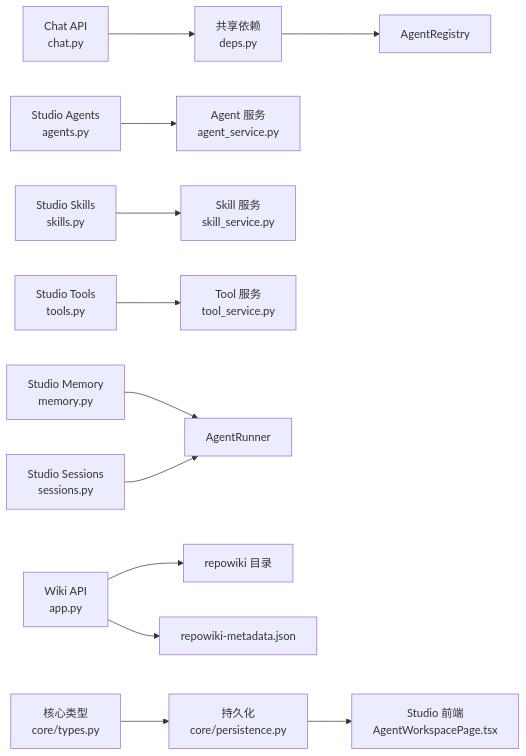
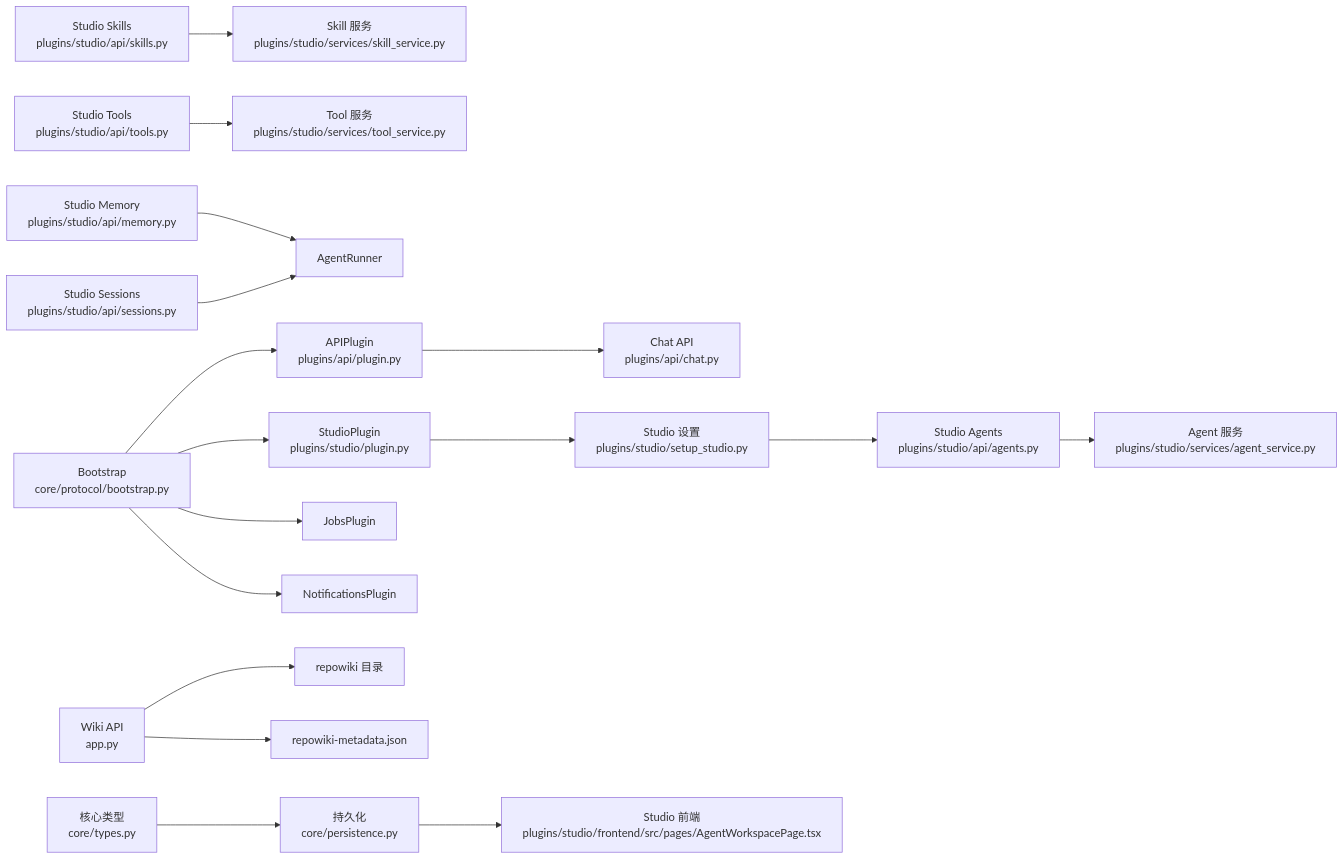
Before and after one commit to YU-JI-KUI/ark-agentic: diagram 15 of 15 in repowiki/zh/content/API 接口文档/API 接口文档.md, drawn with Mermaid. The commit also changed other lines of this file and 116 other files, not shown here.

````diff
--- a/repowiki/zh/content/API 接口文档/API 接口文档.md
+++ b/repowiki/zh/content/API 接口文档/API 接口文档.md
@@ -517,14 +619,19 @@
 ```mermaid
 graph LR
-Chat["Chat API<br/>chat.py"] --> Deps["共享依赖<br/>deps.py"]
-Deps --> Registry["AgentRegistry"]
-StudioAgents["Studio Agents<br/>agents.py"] --> AgentSvc["Agent 服务<br/>agent_service.py"]
-StudioSkills["Studio Skills<br/>skills.py"] --> SkillSvc["Skill 服务<br/>skill_service.py"]
-StudioTools["Studio Tools<br/>tools.py"] --> ToolSvc["Tool 服务<br/>tool_service.py"]
-StudioMemory["Studio Memory<br/>memory.py"] --> AgentRunner["AgentRunner"]
-StudioSessions["Studio Sessions<br/>sessions.py"] --> AgentRunner
+APIPlugin["APIPlugin<br/>plugins/api/plugin.py"] --> Chat["Chat API<br/>plugins/api/chat.py"]
+StudioPlugin["StudioPlugin<br/>plugins/studio/plugin.py"] --> SetupStudio["Studio 设置<br/>plugins/studio/setup_studio.py"]
+SetupStudio --> StudioAgents["Studio Agents<br/>plugins/studio/api/agents.py"]
+StudioAgents --> AgentSvc["Agent 服务<br/>plugins/studio/services/agent_service.py"]
+StudioSkills["Studio Skills<br/>plugins/studio/api/skills.py"] --> SkillSvc["Skill 服务<br/>plugins/studio/services/skill_service.py"]
+StudioTools["Studio Tools<br/>plugins/studio/api/tools.py"] --> ToolSvc["Tool 服务<br/>plugins/studio/services/tool_service.py"]
+StudioMemory["Studio Memory<br/>plugins/studio/api/memory.py"] --> AgentRunner["AgentRunner"]
+StudioSessions["Studio Sessions<br/>plugins/studio/api/sessions.py"] --> AgentRunner
 WikiAPI["Wiki API<br/>app.py"] --> WikiRoot["repowiki 目录"]
 WikiAPI --> MetaFile["repowiki-metadata.json"]
 Types["核心类型<br/>core/types.py"] --> Persistence["持久化<br/>core/persistence.py"]
-Persistence --> StudioFrontend["Studio 前端<br/>AgentWorkspacePage.tsx"]
+Persistence --> StudioFrontend["Studio 前端<br/>plugins/studio/frontend/src/pages/AgentWorkspacePage.tsx"]
+Bootstrap["Bootstrap<br/>core/protocol/bootstrap.py"] --> APIPlugin
+Bootstrap --> StudioPlugin
+Bootstrap --> JobsPlugin
+Bootstrap --> NotificationsPlugin
 ```
````
